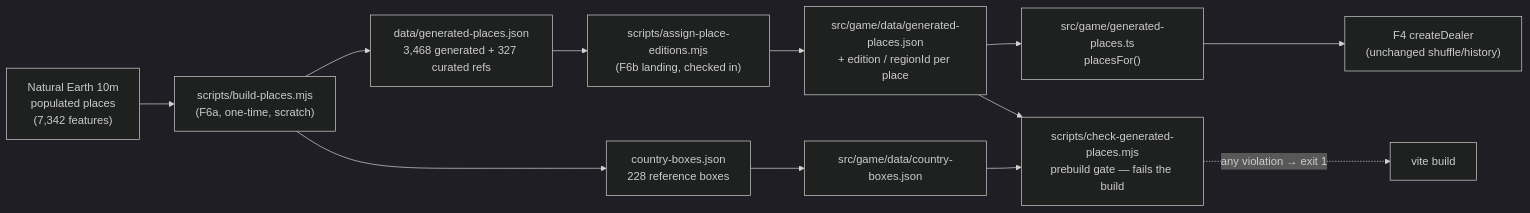
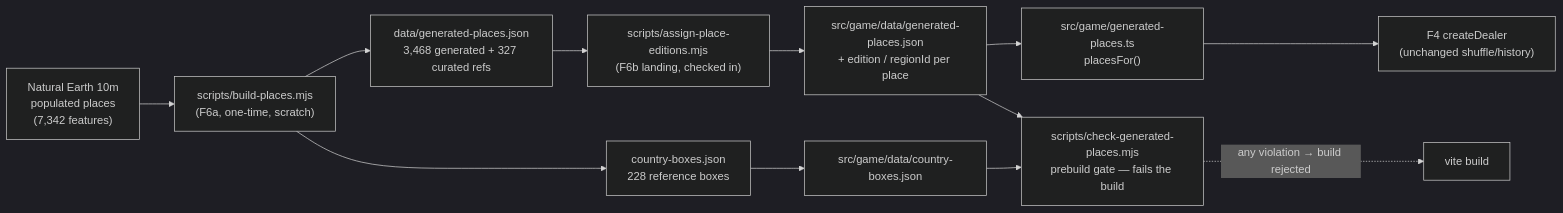
One commit to veeresh-bikkaneti/Meridian changed the diagram in docs/superpowers/specs/2026-09-30-place-dataset.md. Above: the diagram before and after it, drawn with Mermaid (dark theme). The commit also changed other lines of this file, not shown here.

````diff
--- a/docs/superpowers/specs/2026-09-30-place-dataset.md
+++ b/docs/superpowers/specs/2026-09-30-place-dataset.md
@@ -17,14 +17,14 @@
 ```mermaid
 flowchart LR
     NE["Natural Earth 10m<br/>populated places<br/>(7,342 features)"] --> BUILD["scripts/build-places.mjs<br/>(F6a, one-time, scratch)"]
     BUILD --> JSON["data/generated-places.json<br/>3,468 generated + 327 curated refs"]
     BUILD --> BOXES["country-boxes.json<br/>228 reference boxes"]
     JSON --> ASSIGN["scripts/assign-place-editions.mjs<br/>(F6b landing, checked in)"]
     ASSIGN --> DATA["src/game/data/generated-places.json<br/>+ edition / regionId per place"]
     BOXES --> CDATA["src/game/data/country-boxes.json"]
     DATA --> LOADER["src/game/generated-places.ts<br/>placesFor()"]
     LOADER --> DEALER["F4 createDealer<br/>(unchanged shuffle/history)"]
     DATA --> GATE["scripts/check-generated-places.mjs<br/>prebuild gate — fails the build"]
     CDATA --> GATE
-    GATE -.->|"any violation → exit 1"| BUILDOUT["vite build"]
+    GATE -.->|"any violation → build rejected"| BUILDOUT["vite build"]
 ```
````
